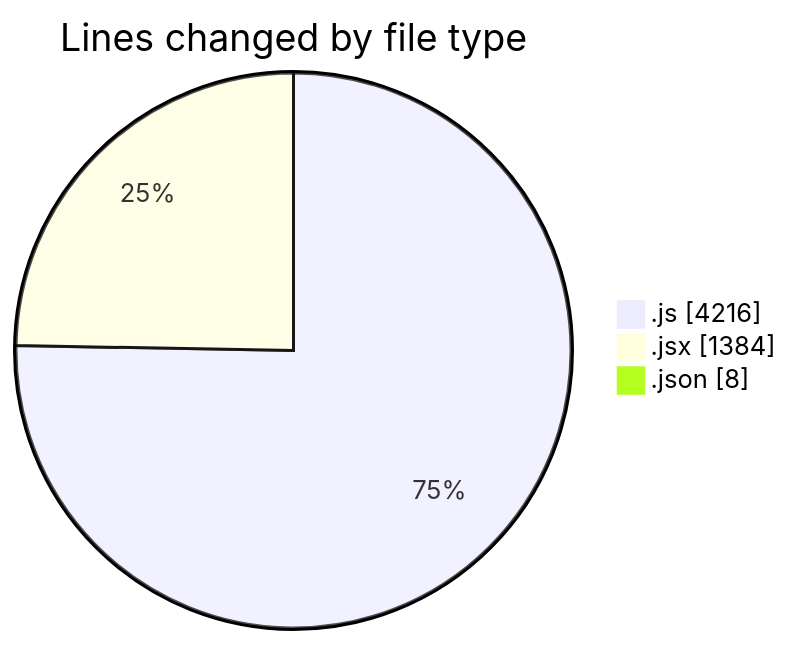
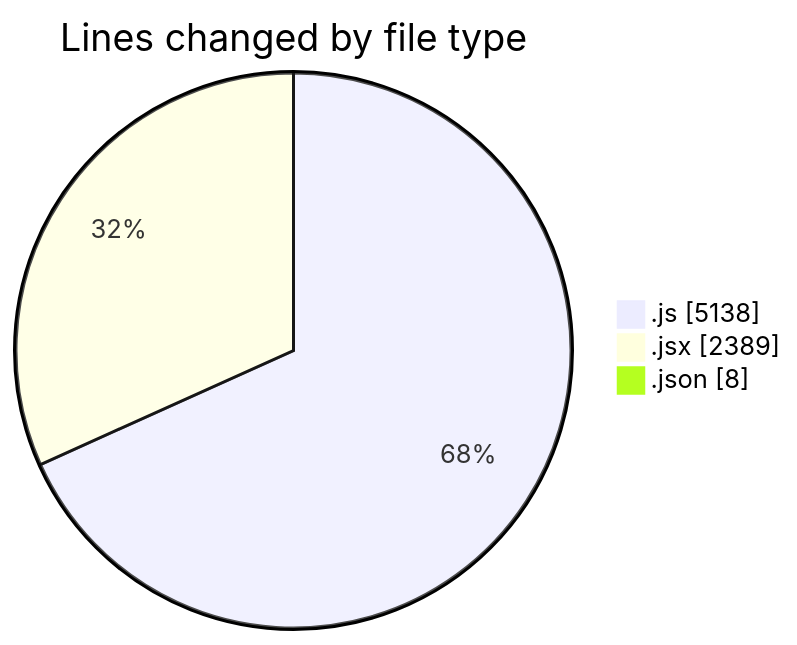
One commit to nxtqubesakshisongat/code-tracking changed the first of 2 diagrams in 2025-07-23/nxtqube_webapp/README.md. Above: the diagram before and after it, drawn with Mermaid. The commit also changed other lines of this file and 1 other file, not shown here.

````diff
--- a/2025-07-23/nxtqube_webapp/README.md
+++ b/2025-07-23/nxtqube_webapp/README.md
@@ -46,7 +50,7 @@
 ```mermaid
 pie showData
 title Lines changed by file type
-".js" : 4216
-".jsx" : 1384
+".js" : 5138
+".jsx" : 2389
 ".json" : 8
 ```
````
